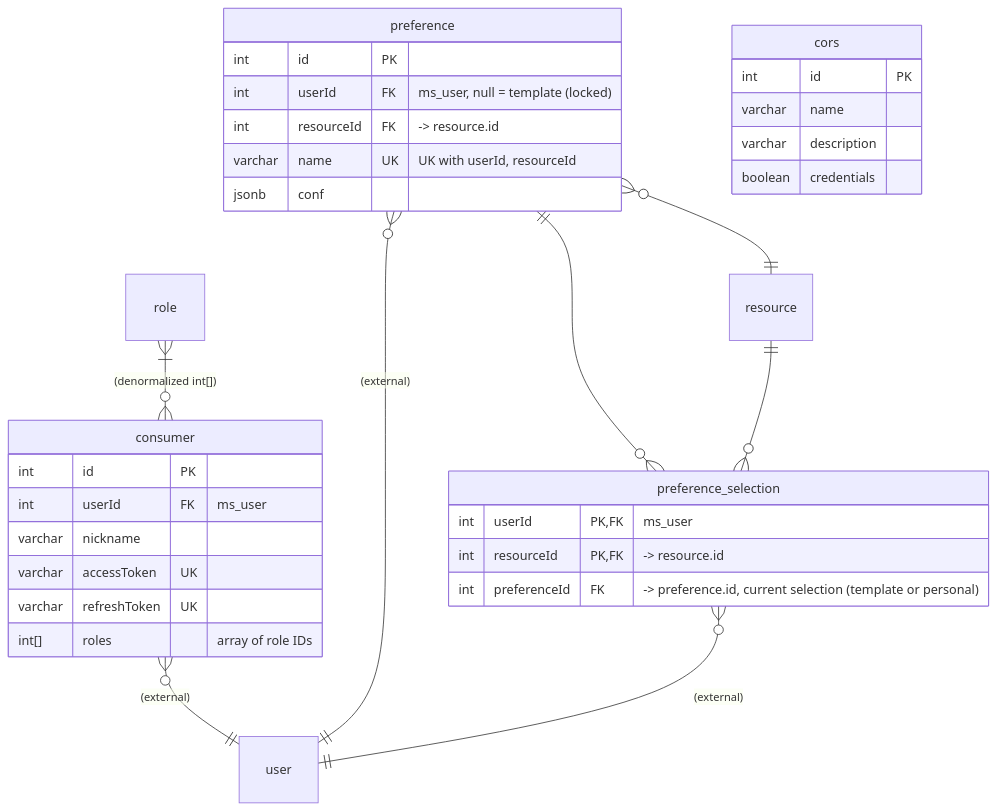
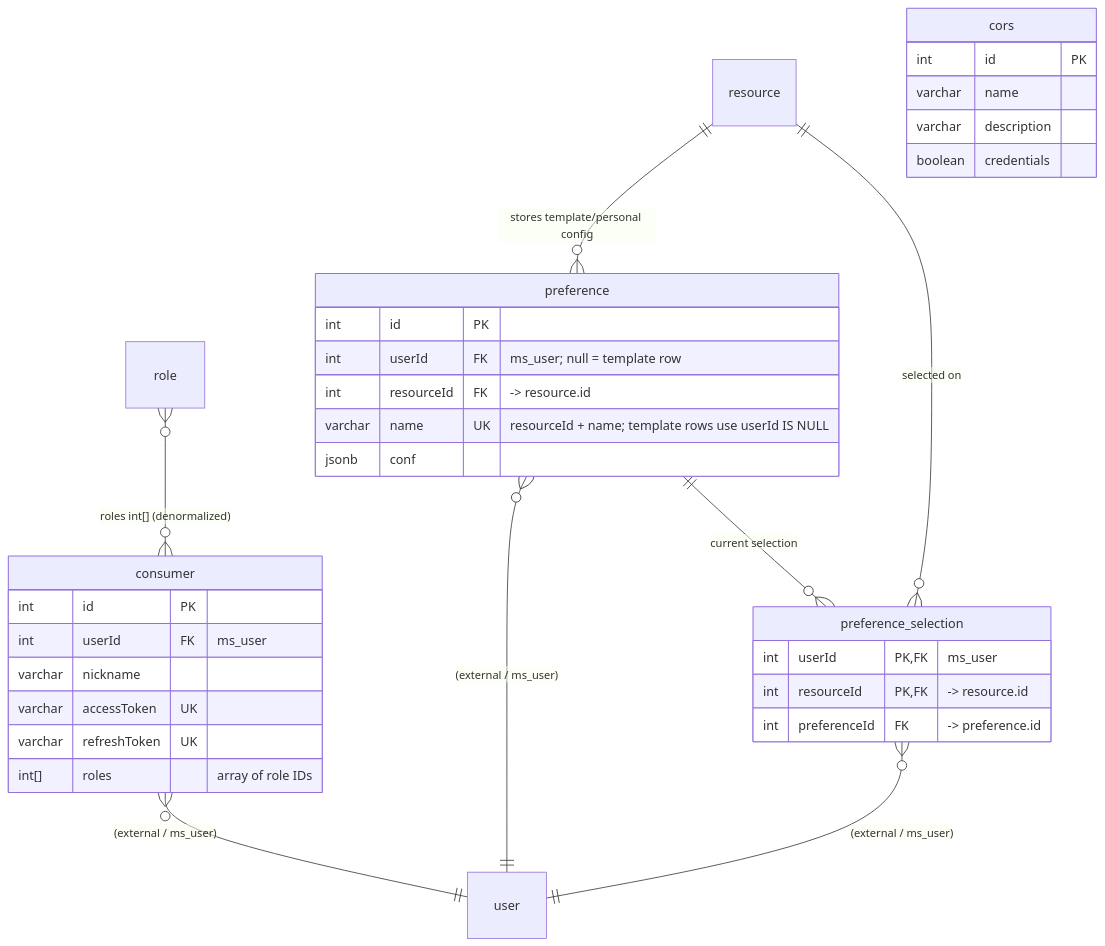
The second of 2 diagrams in doc/erd.md (ALTEN-group/Gatelin), drawn with Mermaid before and after one commit. The commit also changed other lines of this file and 189 other files, not shown here.

````diff
--- a/doc/erd.md
+++ b/doc/erd.md
@@ -123,50 +125,46 @@
 ```mermaid
 erDiagram
-
-  role }|--o{ consumer : "(denormalized int[])"
-  consumer }o--|| user : "(external)"
-  preference }o--|| user : "(external)"
-  preference }o--|| resource : ""
-  preference ||--o{ preference_selection : ""
-  preference_selection }o--|| user : "(external)"
-  resource ||--o{ preference_selection : ""
-
+  role }o--o{ consumer : "roles int[] (denormalized)"
+  consumer }o--|| user : "(external / ms_user)"
+  preference }o--|| user : "(external / ms_user)"
+  resource ||--o{ preference : "stores template/personal config"
+  preference ||--o{ preference_selection : "current selection"
+  preference_selection }o--|| user : "(external / ms_user)"
+  resource ||--o{ preference_selection : "selected on"
 
   cors {
     int id PK
     varchar name
     varchar description
     boolean credentials
   }
 
   consumer {
     int id PK
     int userId FK "ms_user"
     varchar nickname
     varchar accessToken UK
     varchar refreshToken UK
     int[] roles "array of role IDs"
   }
 
   preference {
     int id PK
-    int userId FK "ms_user, null = template (locked)"
+    int userId FK "ms_user; null = template row"
     int resourceId FK "-> resource.id"
-    varchar name UK "UK with userId, resourceId"
+    varchar name UK "resourceId + name; template rows use userId IS NULL"
     jsonb conf
   }
 
   preference_selection {
     int userId PK, FK "ms_user"
     int resourceId PK, FK "-> resource.id"
-    int preferenceId FK "-> preference.id, current selection (template or personal)"
+    int preferenceId FK "-> preference.id"
   }
 
   user {
-
   }
 
   role {
-
   }
 ```
````
